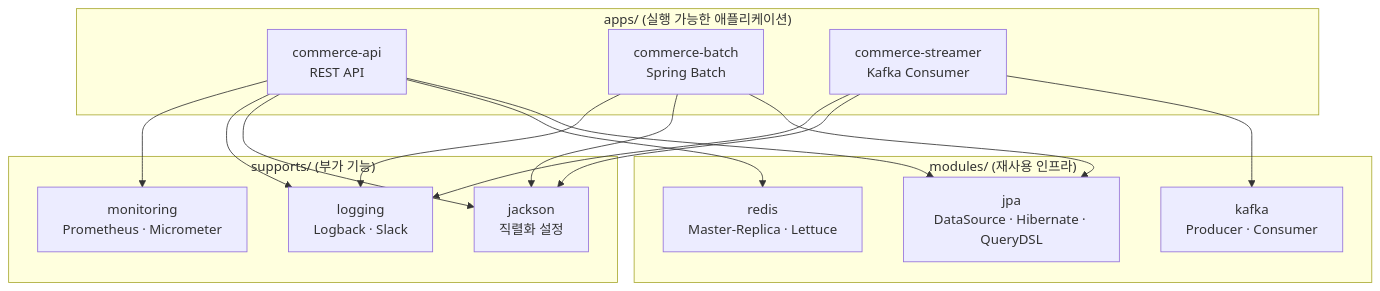
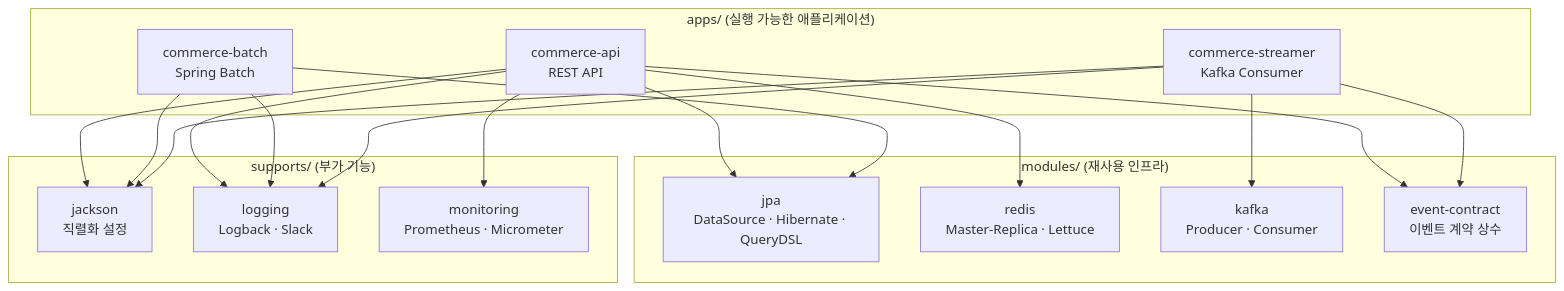
One commit to Loopers-dev-lab/loop-pack-be-l2-vol3-kotlin changed the first of 11 diagrams in docs/design/05-architecture.md. Above: the diagram before and after it, drawn with Mermaid. The commit also changed other lines of this file and 3 other files, not shown here.

````diff
--- a/docs/design/05-architecture.md
+++ b/docs/design/05-architecture.md
@@ -11,32 +11,35 @@
 ```mermaid
 graph TB
     subgraph Apps["apps/ (실행 가능한 애플리케이션)"]
         API["commerce-api<br/>REST API"]
         BATCH["commerce-batch<br/>Spring Batch"]
         STREAMER["commerce-streamer<br/>Kafka Consumer"]
     end
 
     subgraph Modules["modules/ (재사용 인프라)"]
         JPA["jpa<br/>DataSource · Hibernate · QueryDSL"]
         REDIS["redis<br/>Master-Replica · Lettuce"]
         KAFKA["kafka<br/>Producer · Consumer"]
+        EVTCONTRACT["event-contract<br/>이벤트 계약 상수"]
     end
 
     subgraph Supports["supports/ (부가 기능)"]
         JACKSON["jackson<br/>직렬화 설정"]
         LOGGING["logging<br/>Logback · Slack"]
         MONITORING["monitoring<br/>Prometheus · Micrometer"]
     end
 
     API --> JPA
     API --> REDIS
     API --> JACKSON
     API --> LOGGING
     API --> MONITORING
     BATCH --> JPA
     BATCH --> JACKSON
     BATCH --> LOGGING
     STREAMER --> KAFKA
     STREAMER --> JACKSON
     STREAMER --> LOGGING
+    API --> EVTCONTRACT
+    STREAMER --> EVTCONTRACT
 ```
````
